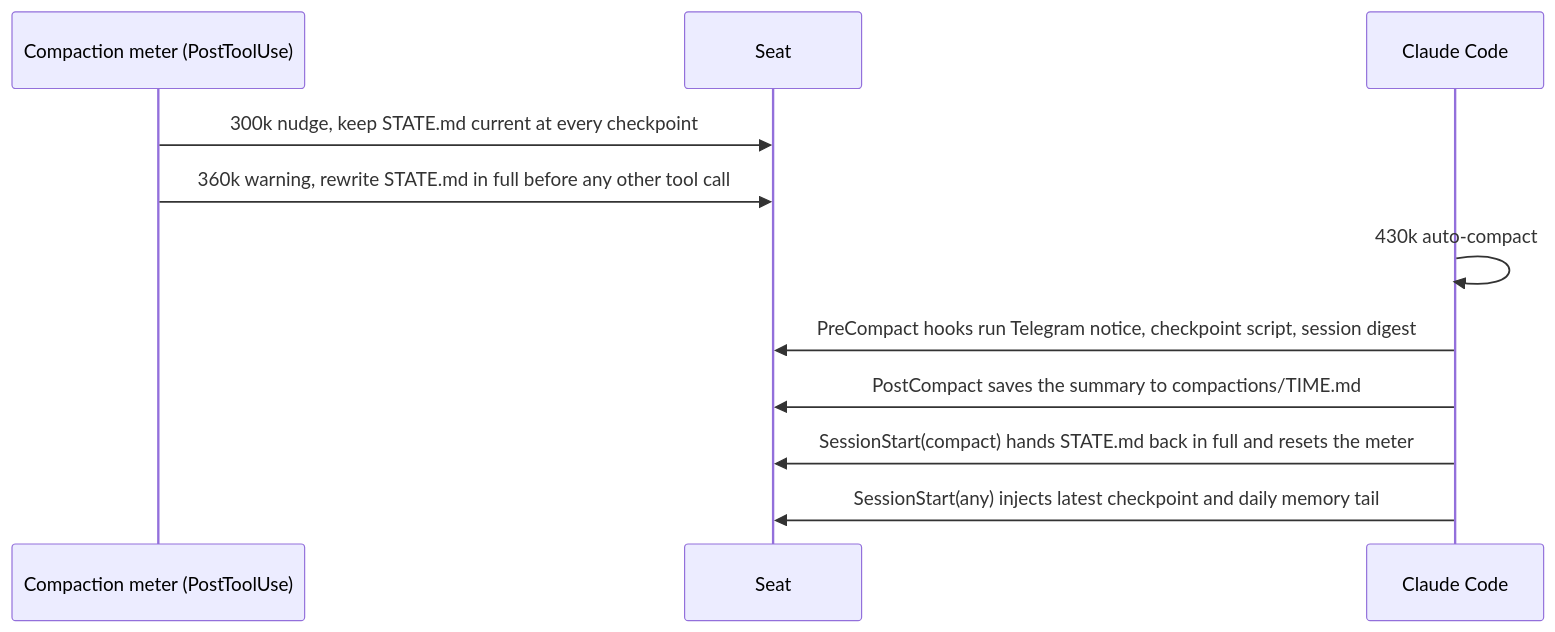
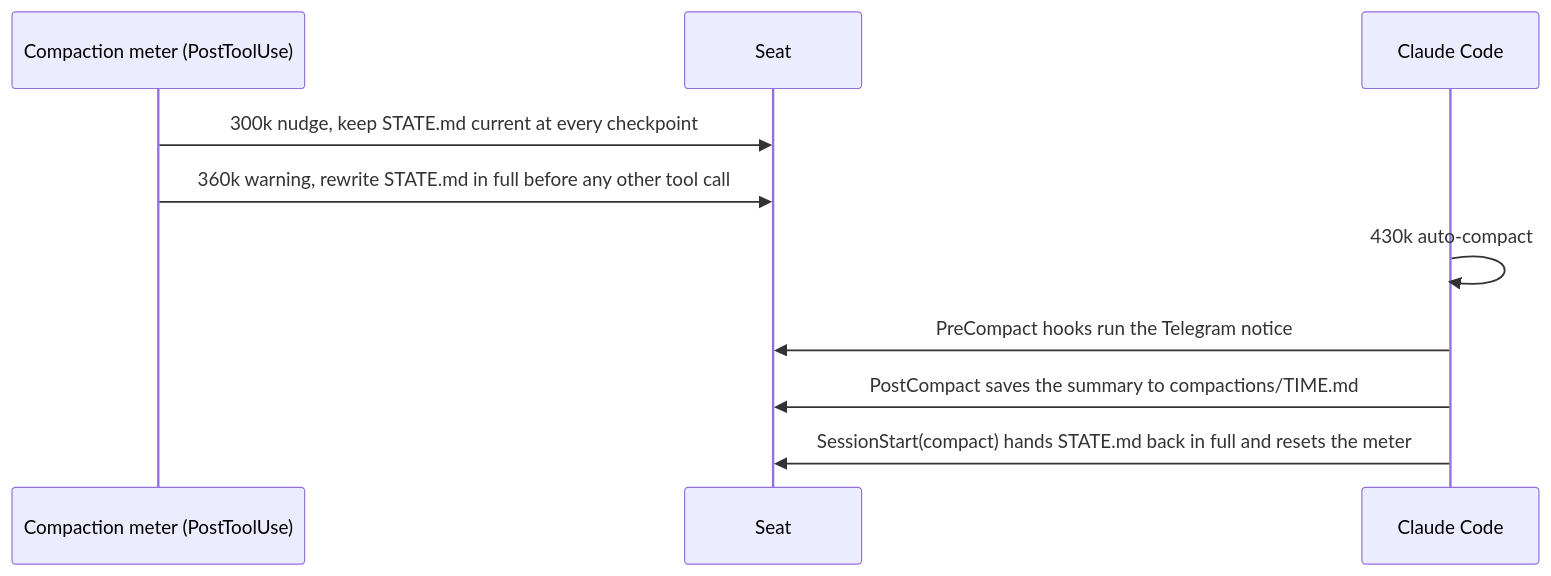
The second of 3 diagrams in docs/04-failsafe-boundary-log.md (nicoreincarnate-oss/ogl-cortex), drawn with Mermaid before and after one commit. The commit also changed other lines of this file and 88 other files, not shown here.

First line of the commit message:
Rename to OGL Cortex, memory architecture doc, harness tools, path consistency

````diff
--- a/docs/04-failsafe-boundary-log.md
+++ b/docs/04-failsafe-boundary-log.md
@@ -170,13 +169,12 @@
 ```mermaid
 sequenceDiagram
   participant M as Compaction meter (PostToolUse)
   participant R as Seat
   participant CC as Claude Code
   M->>R: 300k nudge, keep STATE.md current at every checkpoint
   M->>R: 360k warning, rewrite STATE.md in full before any other tool call
   CC->>CC: 430k auto-compact
-  CC->>R: PreCompact hooks run Telegram notice, checkpoint script, session digest
+  CC->>R: PreCompact hooks run the Telegram notice
   CC->>R: PostCompact saves the summary to compactions/TIME.md
   CC->>R: SessionStart(compact) hands STATE.md back in full and resets the meter
-  CC->>R: SessionStart(any) injects latest checkpoint and daily memory tail
 ```
````
